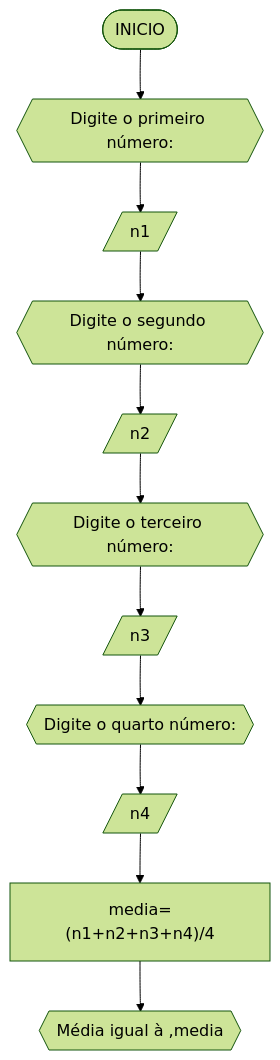
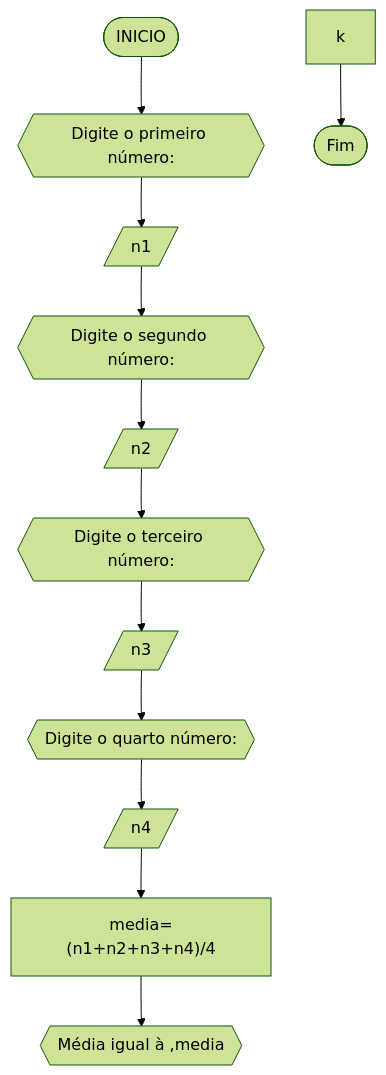
Before and after one commit to IsyCirino/unifor: the second of 5 diagrams in RLA/unidade1/lista2.md, drawn with Mermaid (forest theme). The commit also changed other lines of this file, not shown here.

````diff
--- a/RLA/unidade1/lista2.md
+++ b/RLA/unidade1/lista2.md
@@ -56,13 +56,14 @@
 ```mermaid
 flowchart TD
 A([INICIO]) --> B{{Digite o primeiro número:}}
 B-->C[/n1/]
 C-->D{{Digite o segundo número:}}
 D-->E[/n2/]
 E-->F{{Digite o terceiro número:}}
 F-->G[/n3/]
 G-->H{{Digite o quarto número:}}
 H-->I[/n4/]
 I-->J["media=(n1+n2+n3+n4)/4"]
 J-->K{{Média igual à ,media}}
+k-->L([Fim])
 ```
````
